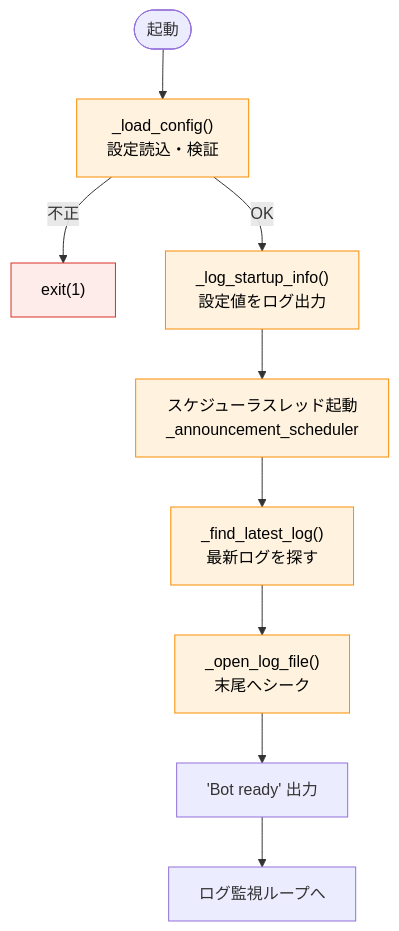
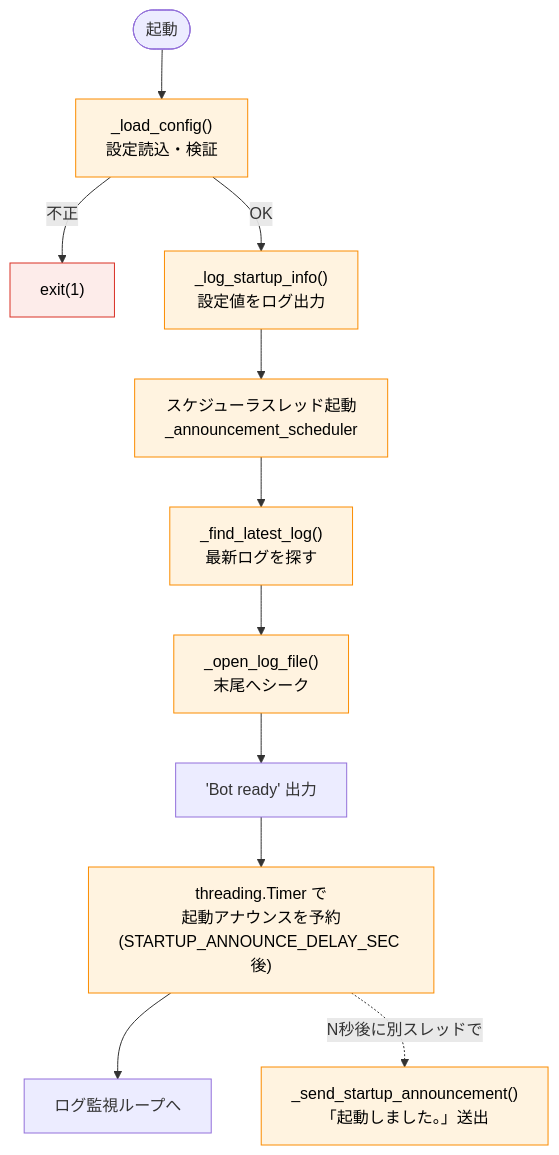
Before and after one commit to ji2tab/OpenCCVoice-For-DVSwitch: the first of 2 diagrams in specification/dvswitch_bot_ソフトウェア仕様書.md, drawn with Mermaid. The commit also changed other lines of this file, not shown here.

````diff
--- a/specification/dvswitch_bot_ソフトウェア仕様書.md
+++ b/specification/dvswitch_bot_ソフトウェア仕様書.md
@@ -219,16 +226,18 @@
 ```mermaid
 flowchart TD
     start(["起動"]) --> cfg["_load_config()<br/>設定読込・検証"]
     cfg -->|不正| die["exit(1)"]
     cfg -->|OK| info["_log_startup_info()<br/>設定値をログ出力"]
     info --> sched["スケジューラスレッド起動<br/>_announcement_scheduler"]
     sched --> findlog["_find_latest_log()<br/>最新ログを探す"]
     findlog --> open["_open_log_file()<br/>末尾へシーク"]
     open --> ready["'Bot ready' 出力"]
-    ready --> loop["ログ監視ループへ"]
+    ready --> timer["threading.Timer で<br/>起動アナウンスを予約<br/>(STARTUP_ANNOUNCE_DELAY_SEC 後)"]
+    timer --> loop["ログ監視ループへ"]
+    timer -.->|N秒後に別スレッドで| ann["_send_startup_announcement()<br/>「起動しました。」送出"]
 
     classDef act fill:#fff3e0,stroke:#fb8c00,color:#000
     classDef die fill:#fdecea,stroke:#d93025,color:#000
-    class cfg,info,sched,findlog,open act
+    class cfg,info,sched,findlog,open,timer,ann act
     class die die
 ```
````
